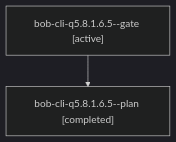
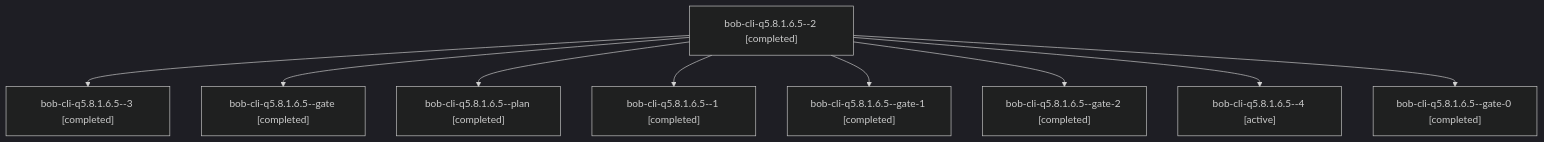
Before and after one commit to bobs-org/bob-cli--agents: the diagram in sessions/bbugyi200.athena.bob-cli-q5.8.1.6.5.md, drawn with Mermaid (dark theme). The commit also changed other lines of this file and 305 other files, not shown here.

````diff
--- a/sessions/bbugyi200.athena.bob-cli-q5.8.1.6.5.md
+++ b/sessions/bbugyi200.athena.bob-cli-q5.8.1.6.5.md
@@ -9,6 +9,20 @@
 ```mermaid
 flowchart TD
-  n0["bob-cli-q5.8.1.6.5--gate [active]"]
-  n1["bob-cli-q5.8.1.6.5--plan [completed]"]
+  n0["bob-cli-q5.8.1.6.5--2 [completed]"]
+  n1["bob-cli-q5.8.1.6.5--3 [completed]"]
   n0 --> n1
+  n2["bob-cli-q5.8.1.6.5--gate [completed]"]
+  n0 --> n2
+  n3["bob-cli-q5.8.1.6.5--plan [completed]"]
+  n0 --> n3
+  n4["bob-cli-q5.8.1.6.5--1 [completed]"]
+  n0 --> n4
+  n5["bob-cli-q5.8.1.6.5--gate-1 [completed]"]
+  n0 --> n5
+  n6["bob-cli-q5.8.1.6.5--gate-2 [completed]"]
+  n0 --> n6
+  n7["bob-cli-q5.8.1.6.5--4 [active]"]
+  n0 --> n7
+  n8["bob-cli-q5.8.1.6.5--gate-0 [completed]"]
+  n0 --> n8
 ```
````
